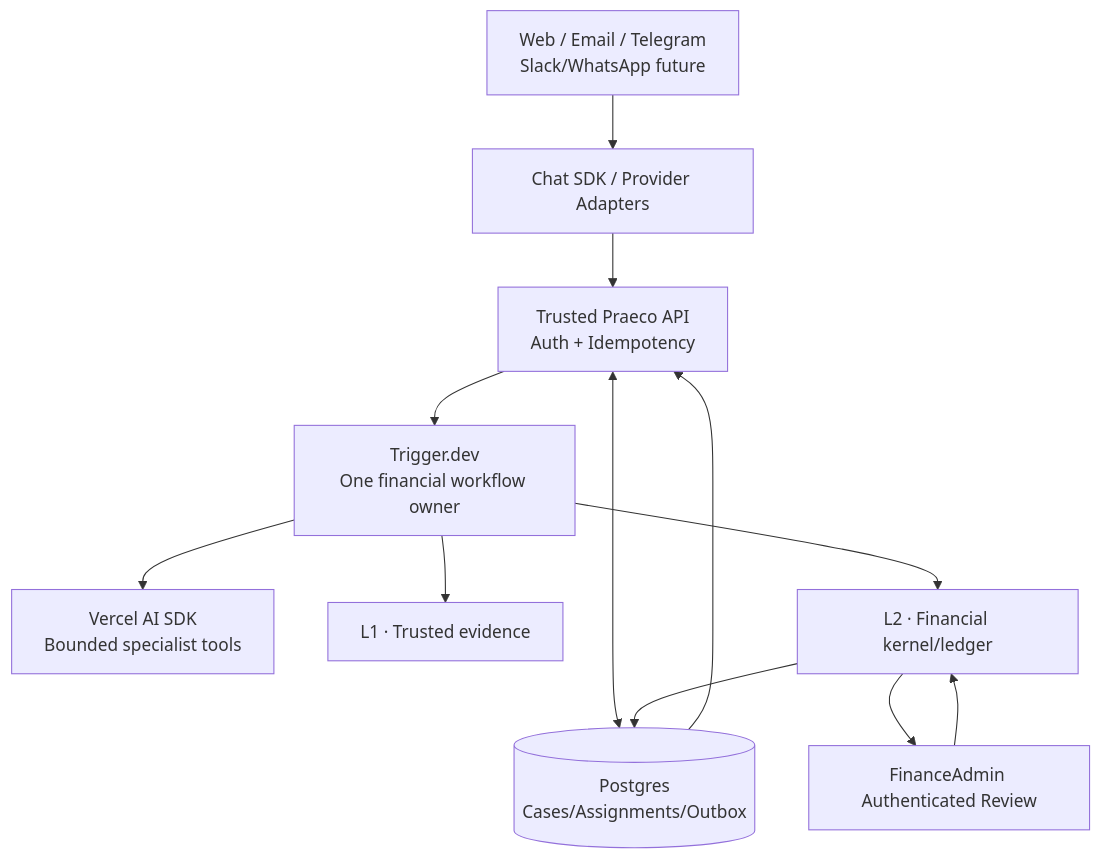
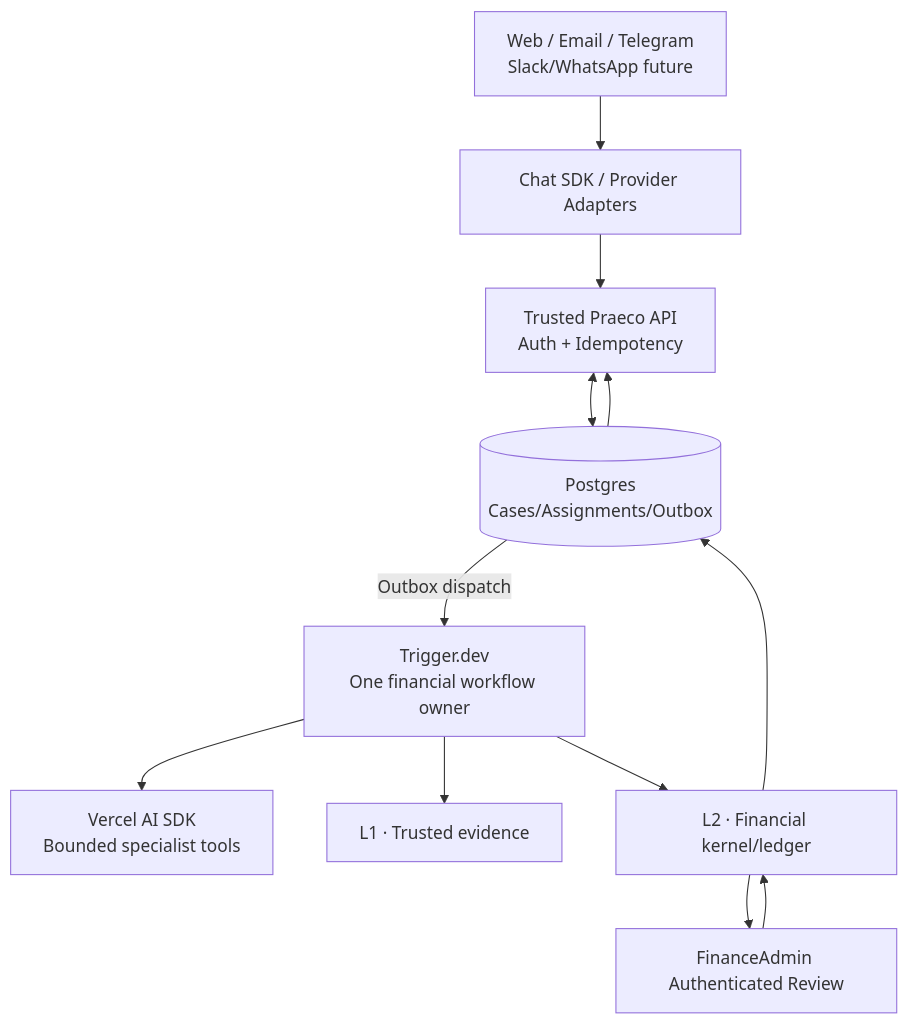
The diagram in docs/architecture/l3-implementation-contract.md (moebious/praeco), drawn with Mermaid before and after one commit. The commit also changed other lines of this file and 1 other file, not shown here.

Commit message:
docs(l3): bind approval recovery and financial dispatch authority

````diff
--- a/docs/architecture/l3-implementation-contract.md
+++ b/docs/architecture/l3-implementation-contract.md
@@ -16,22 +16,22 @@
 ```mermaid
 flowchart TD
     CH["Web / Email / Telegram<br/>Slack/WhatsApp future"]
     CHAT["Chat SDK / Provider Adapters"]
     API["Trusted Praeco API<br/>Auth + Idempotency"]
     SQL[("Postgres<br/>Cases/Assignments/Outbox")]
     T["Trigger.dev<br/>One financial workflow owner"]
     AI["Vercel AI SDK<br/>Bounded specialist tools"]
     E["L1 · Trusted evidence"]
     K["L2 · Financial kernel/ledger"]
     H["FinanceAdmin Authenticated Review"]
     CH --> CHAT --> API
     API <--> SQL
-    API --> T
+    SQL -->|"Outbox dispatch"| T
     T --> AI
     T --> E
     T --> K
     K --> H
     H --> K
     K --> SQL
     SQL --> API
 ```
````
